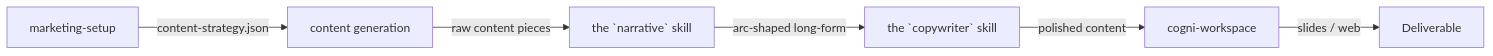
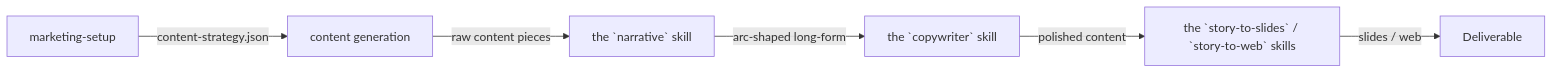
Before and after one commit to cogni-work/cogni-works: the diagram in docs/workflows/content-pipeline.md, drawn with Mermaid. The commit also changed other lines of this file and 1 other file, not shown here.

Commit message:
fix(docs): close two self-graded contract gaps
Author self-grade against the issue-time review contract found two
violations; both remedies are mechanical and land in files this branch
already touches.

item 13 — content-pipeline.md's pipeline header and mermaid node kept
narrative and copywriter as bare-skill hops distinct from a final
cogni-workspace hop, even though all three are cogni-workspace steps.
Three of four stages were the same plugin dressed as separate
hand-offs. The render hop now names its skills, matching what
research-to-report.md already does, so no plugin name repeats.

item 14 — consulting-engagement.md's prerequisite table carried two
adjacent cogni-workspace rows after the token swap. Merged into one,
preserving both reasons and the document-skills mention.

````diff
--- a/docs/workflows/content-pipeline.md
+++ b/docs/workflows/content-pipeline.md
@@ -7,8 +7,8 @@
 ```mermaid
 graph LR
     A[marketing-setup] -->|content-strategy.json| B[content generation]
     B -->|raw content pieces| N[the `narrative` skill]
     N -->|arc-shaped long-form| C[the `copywriter` skill]
-    C -->|polished content| D[cogni-workspace]
+    C -->|polished content| D[the `story-to-slides` / `story-to-web` skills]
     D -->|slides / web| E[Deliverable]
 ```
````
